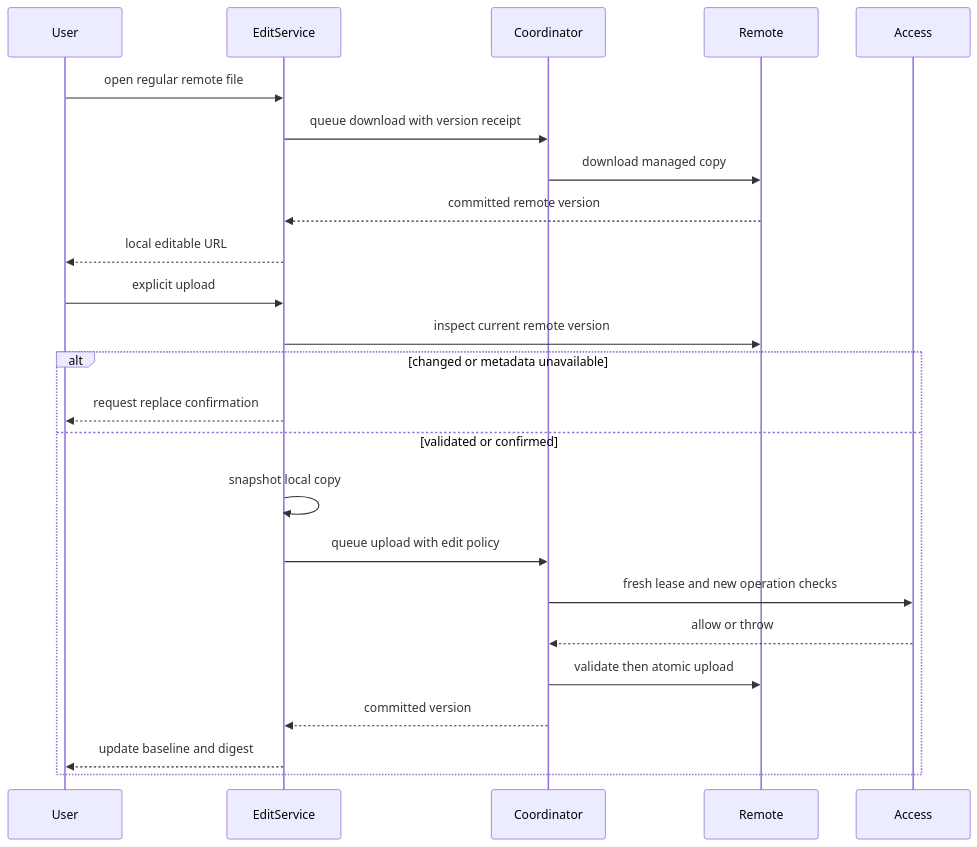
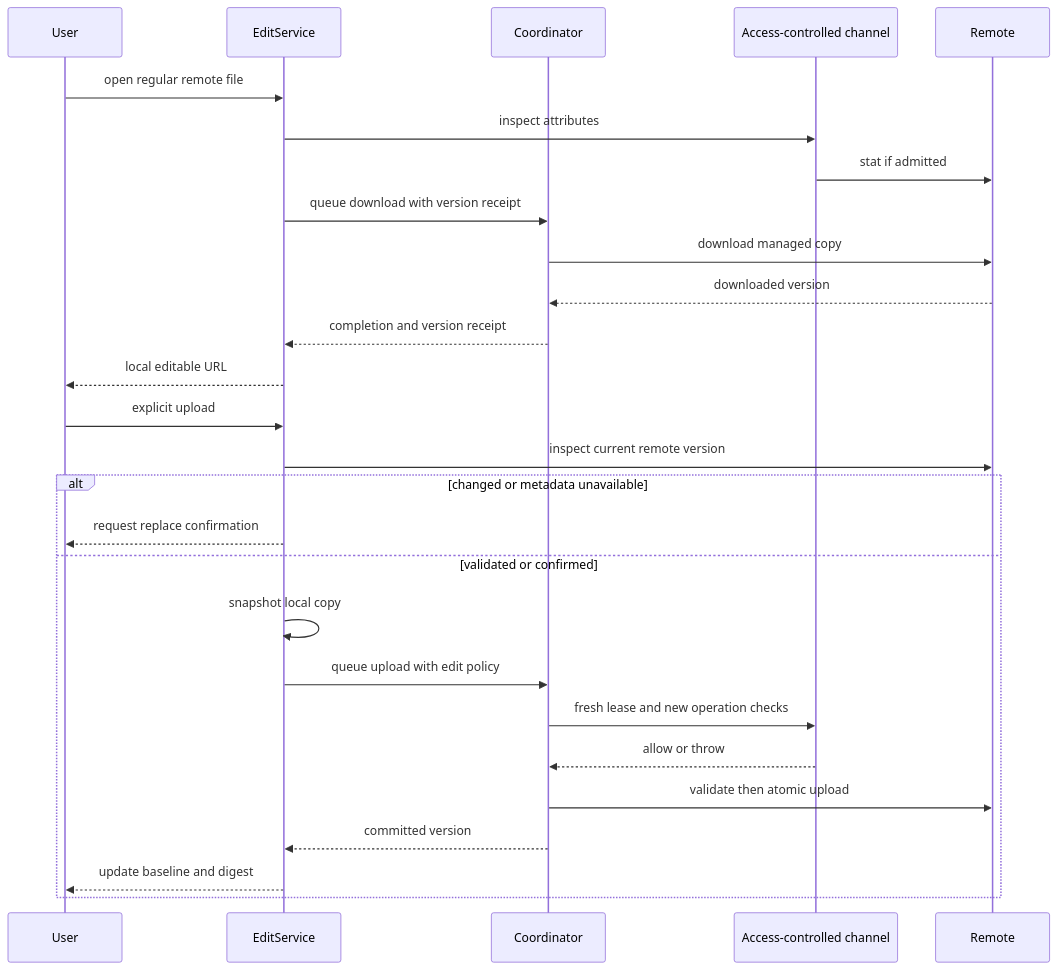
One commit to AkinoKaede/Termind changed the sixth of 6 diagrams in openwiki/workflows/sftp-transfer-and-external-edit.md. Above: the diagram before and after it, drawn with Mermaid. The commit also changed other lines of this file and 59 other files, not shown here.

````diff
--- a/openwiki/workflows/sftp-transfer-and-external-edit.md
+++ b/openwiki/workflows/sftp-transfer-and-external-edit.md
@@ -399,25 +440,29 @@
 ```mermaid
 sequenceDiagram
     participant User
     participant EditService
     participant Coordinator
+    participant Access as Access-controlled channel
     participant Remote
     User->>EditService: open regular remote file
+    EditService->>Access: inspect attributes
+    Access->>Remote: stat if admitted
     EditService->>Coordinator: queue download with version receipt
     Coordinator->>Remote: download managed copy
-    Remote-->>EditService: committed remote version
+    Remote-->>Coordinator: downloaded version
+    Coordinator-->>EditService: completion and version receipt
     EditService-->>User: local editable URL
     User->>EditService: explicit upload
     EditService->>Remote: inspect current remote version
     alt changed or metadata unavailable
         EditService-->>User: request replace confirmation
     else validated or confirmed
         EditService->>EditService: snapshot local copy
         EditService->>Coordinator: queue upload with edit policy
         Coordinator->>Access: fresh lease and new operation checks
         Access-->>Coordinator: allow or throw
         Coordinator->>Remote: validate then atomic upload
         Coordinator-->>EditService: committed version
         EditService-->>User: update baseline and digest
     end
 ```
````
